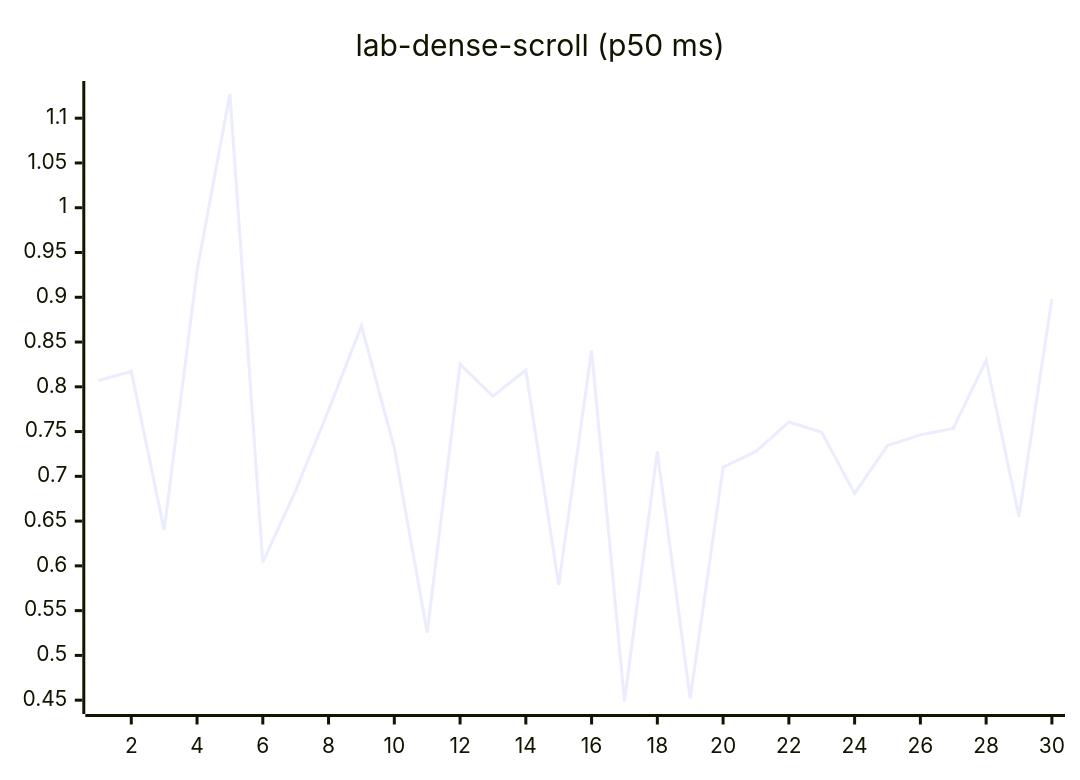
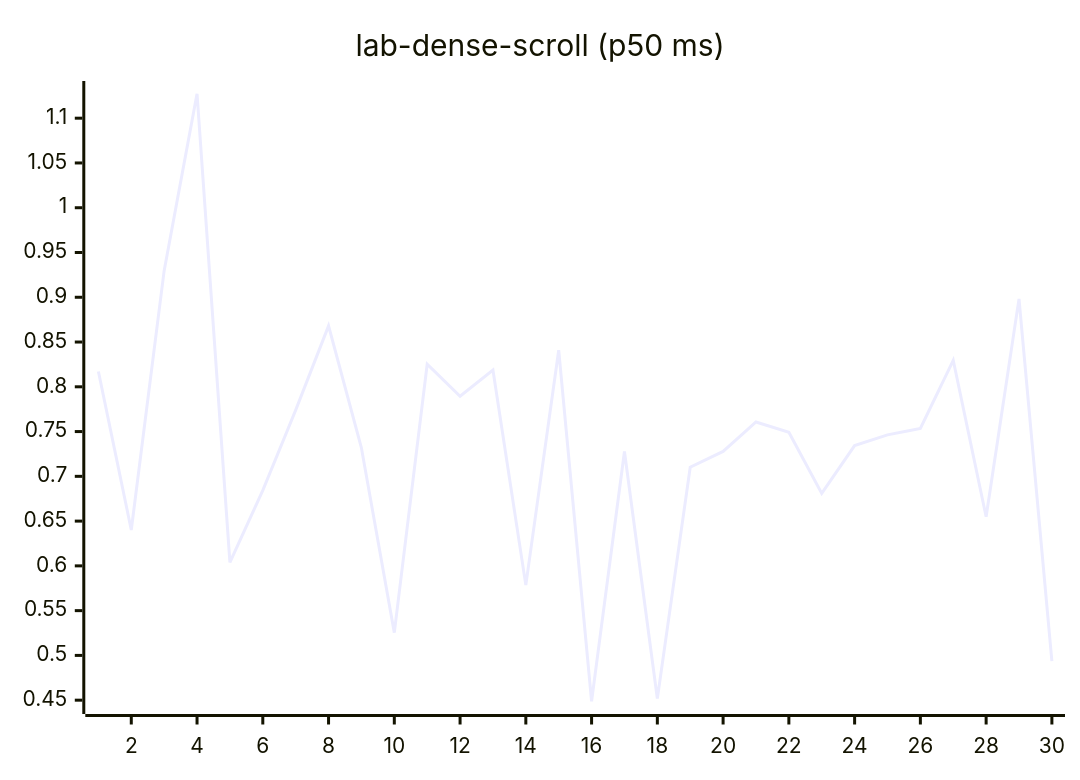
Before and after one commit to josha/Facet: diagram 12 of 27 in README.md, drawn with Mermaid. The commit also changed other lines of this file and 2 other files, not shown here.

````diff
--- a/README.md
+++ b/README.md
@@ -140,6 +140,6 @@
 ```mermaid
 xychart-beta
     title "lab-dense-scroll (p50 ms)"
     x-axis 1 --> 30
-    line [0.8071, 0.8171, 0.6401, 0.9297, 1.1273, 0.6038, 0.6843, 0.7739, 0.8680, 0.7317, 0.5254, 0.8252, 0.7895, 0.8186, 0.5785, 0.8409, 0.4488, 0.7278, 0.4517, 0.7102, 0.7278, 0.7607, 0.7492, 0.6810, 0.7343, 0.7463, 0.7534, 0.8296, 0.6548, 0.8982]
+    line [0.8171, 0.6401, 0.9297, 1.1273, 0.6038, 0.6843, 0.7739, 0.8680, 0.7317, 0.5254, 0.8252, 0.7895, 0.8186, 0.5785, 0.8409, 0.4488, 0.7278, 0.4517, 0.7102, 0.7278, 0.7607, 0.7492, 0.6810, 0.7343, 0.7463, 0.7534, 0.8296, 0.6548, 0.8982, 0.4937]
 ```
````
